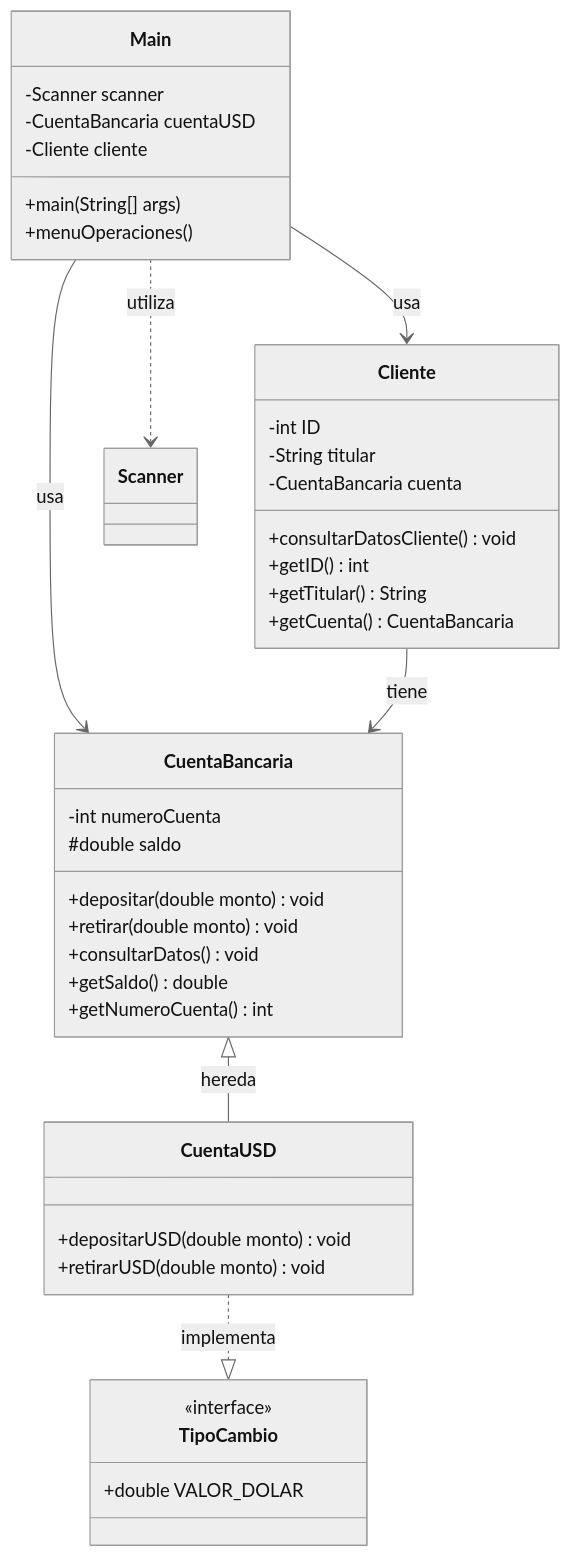
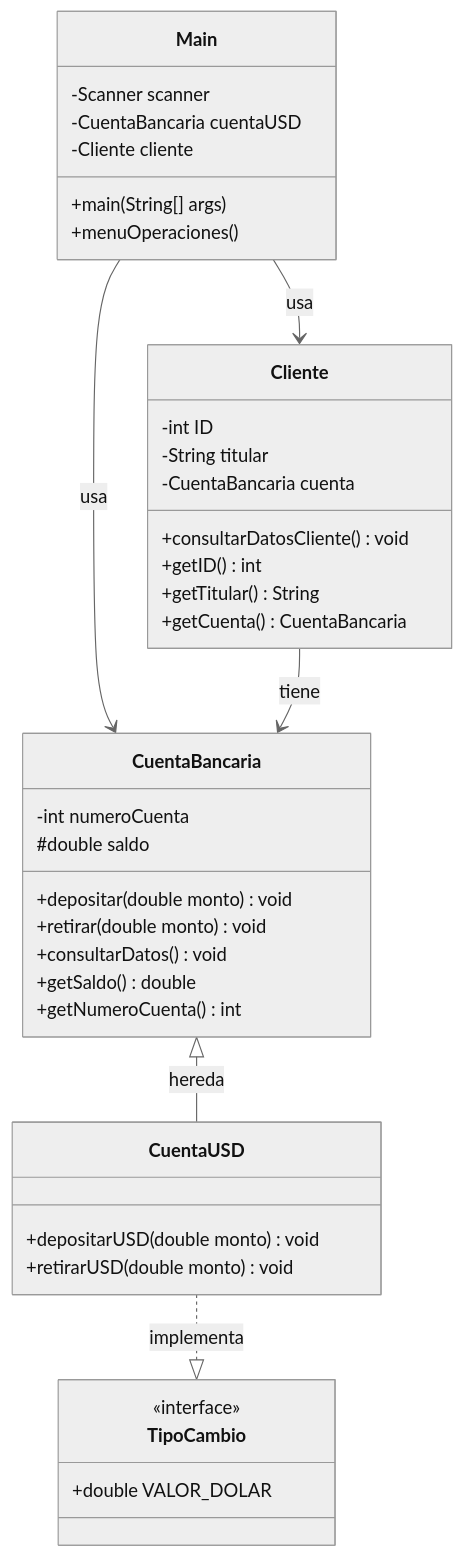
The diagram in README.md (DeniBeatriz/Alke-Wallet), drawn with Mermaid (neutral theme) before and after one commit. The commit also changed other lines of this file, not shown here.

````diff
--- a/README.md
+++ b/README.md
@@ -49,47 +45,46 @@
 ```mermaid
 classDiagram
     class Main {
         +main(String[] args)
         -Scanner scanner
         -CuentaBancaria cuentaUSD
         -Cliente cliente
         +menuOperaciones()
     }
     
     class CuentaBancaria {
         -int numeroCuenta
         #double saldo
         +depositar(double monto) void
         +retirar(double monto) void
         +consultarDatos() void
         +getSaldo() double
         +getNumeroCuenta() int
     }
     
     class CuentaUSD {
         +depositarUSD(double monto) void
         +retirarUSD(double monto) void
     }
     
     class Cliente {
         -int ID
         -String titular
         -CuentaBancaria cuenta
         +consultarDatosCliente() void
         +getID() int
         +getTitular() String
         +getCuenta() CuentaBancaria
     }
     
     class TipoCambio {
         <<interface>>
         +double VALOR_DOLAR
     }
     
     CuentaBancaria <|-- CuentaUSD : hereda
     Main --> CuentaBancaria : usa
     Main --> Cliente : usa
-    Main ..> Scanner : utiliza
     Cliente --> CuentaBancaria : tiene
     CuentaUSD ..|> TipoCambio : implementa
 ```
````
